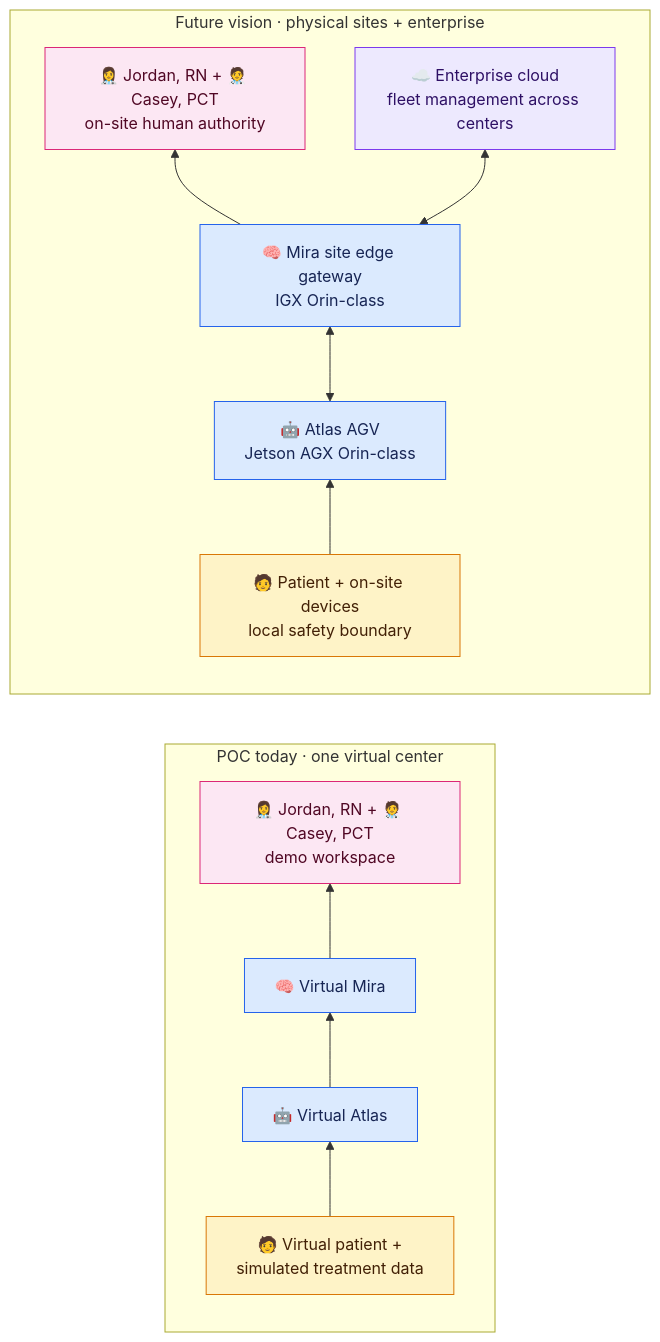
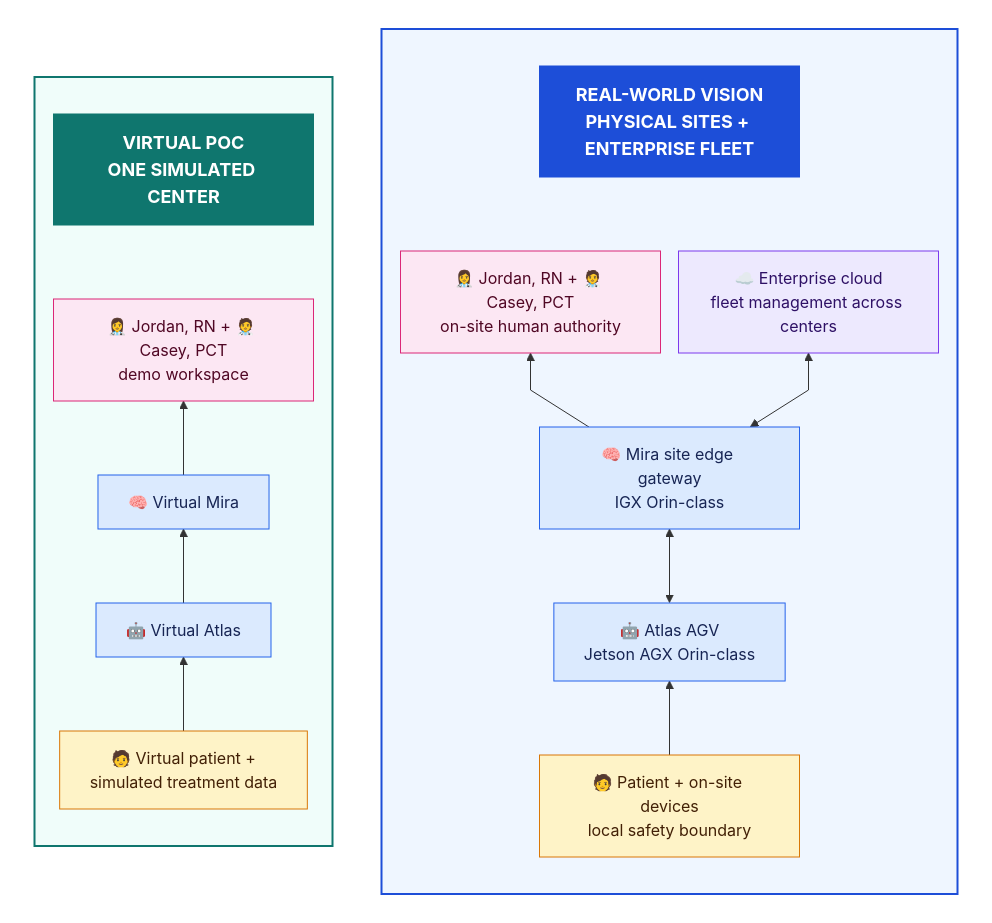
The second of 2 diagrams in README.md (fmlin0429712024/ichd-agentic-system), drawn with Mermaid before and after one commit.

Commit message:
Force side-by-side vision comparison

````diff
--- a/README.md
+++ b/README.md
@@ -79,26 +79,43 @@
 ```mermaid
-flowchart LR
-    subgraph POC[POC today · one virtual center]
-        direction BT
-        VP["🧑 Virtual patient +<br/>simulated treatment data"] --> VA["🤖 Virtual Atlas"]
-        VA --> VM["🧠 Virtual Mira"]
-        VM --> VH["👩‍⚕️ Jordan, RN + 🧑‍⚕️ Casey, PCT<br/>demo workspace"]
-    end
+%%{init: {"flowchart": {"nodeSpacing": 18, "rankSpacing": 24, "curve": "linear"}}}%%
+flowchart TB
+    subgraph COMPARISON[" "]
+        direction LR
 
-    subgraph FUTURE[Future vision · physical sites + enterprise]
-        direction BT
-        RS["🧑 Patient + on-site devices<br/>local safety boundary"] --> AR["🤖 Atlas AGV<br/>Jetson AGX Orin-class"]
-        AR <--> SE["🧠 Mira site edge gateway<br/>IGX Orin-class"]
-        SE --> HS["👩‍⚕️ Jordan, RN + 🧑‍⚕️ Casey, PCT<br/>on-site human authority"]
-        SE <--> EC["☁️ Enterprise cloud<br/>fleet management across centers"]
+        subgraph POC[" "]
+            direction BT
+            VP["🧑 Virtual patient +<br/>simulated treatment data"] --> VA["🤖 Virtual Atlas"]
+            VA --> VM["🧠 Virtual Mira"]
+            VM --> VH["👩‍⚕️ Jordan, RN + 🧑‍⚕️ Casey, PCT<br/>demo workspace"]
+            VH ~~~ PH["VIRTUAL POC<br/>ONE SIMULATED CENTER"]
+        end
+
+        subgraph FUTURE[" "]
+            direction BT
+            RS["🧑 Patient + on-site devices<br/>local safety boundary"] --> AR["🤖 Atlas AGV<br/>Jetson AGX Orin-class"]
+            AR <--> SE["🧠 Mira site edge gateway<br/>IGX Orin-class"]
+            SE --> HS["👩‍⚕️ Jordan, RN + 🧑‍⚕️ Casey, PCT<br/>on-site human authority"]
+            SE <--> EC["☁️ Enterprise cloud<br/>fleet management across centers"]
+            HS ~~~ FH["REAL-WORLD VISION<br/>PHYSICAL SITES + ENTERPRISE FLEET"]
+            EC ~~~ FH
+        end
+
+        POC ~~~ FUTURE
     end
 
     classDef source fill:#FEF3C7,stroke:#D97706,color:#422006
     classDef digital fill:#DBEAFE,stroke:#2563EB,color:#172554
     classDef human fill:#FCE7F3,stroke:#DB2777,color:#500724
     classDef cloud fill:#EDE9FE,stroke:#7C3AED,color:#2E1065
+    classDef pocHeader fill:#0F766E,stroke:#0F766E,color:#FFFFFF,font-size:18px,font-weight:bold
+    classDef futureHeader fill:#1D4ED8,stroke:#1D4ED8,color:#FFFFFF,font-size:18px,font-weight:bold
     class VP,RS source
     class VA,VM,AR,SE digital
     class VH,HS human
     class EC cloud
+    class PH pocHeader
+    class FH futureHeader
+    style POC fill:#F0FDFA,stroke:#0F766E,stroke-width:2px
+    style FUTURE fill:#EFF6FF,stroke:#1D4ED8,stroke-width:2px
+    style COMPARISON fill:transparent,stroke:transparent
 ```
````
